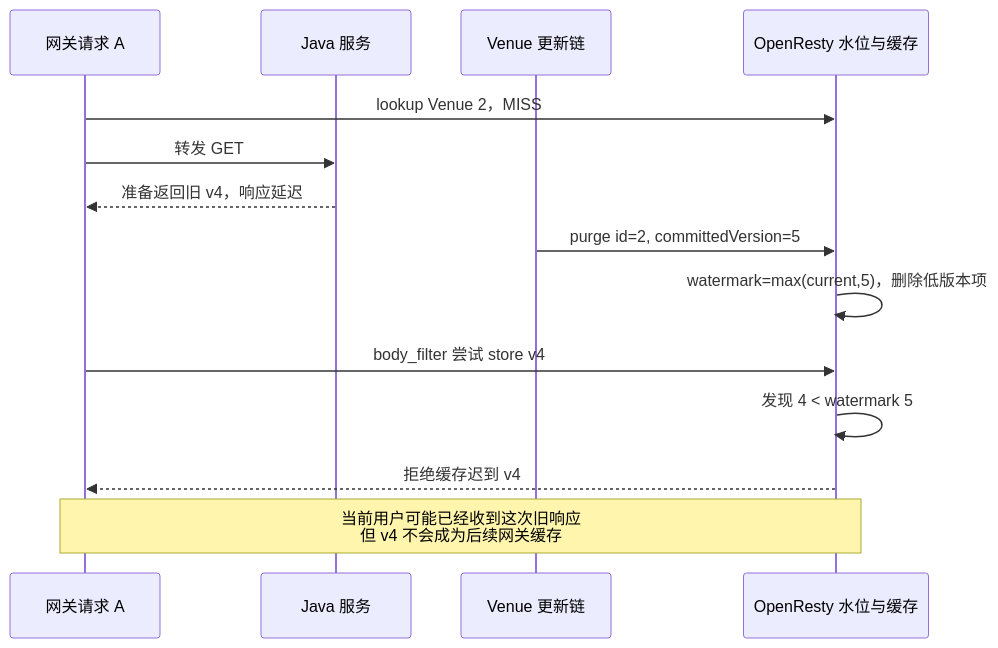
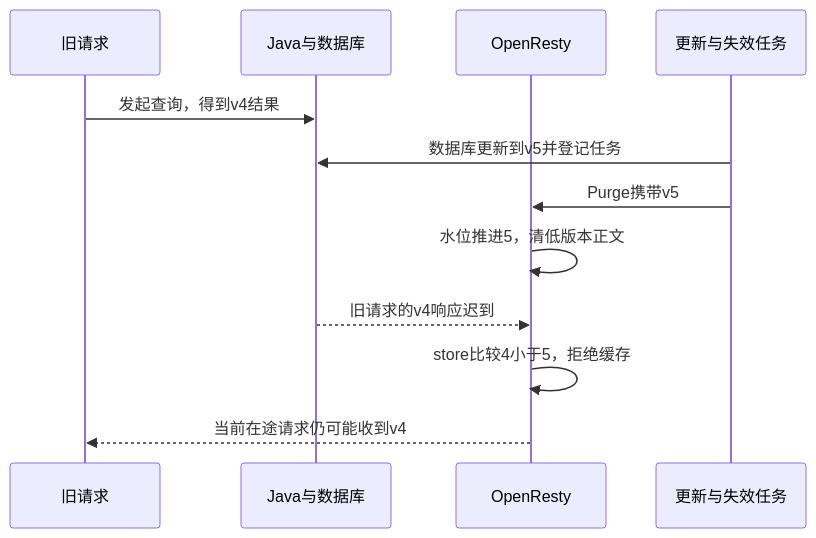
Before and after one commit to SyH-101/citypass-platform: the third of 5 diagrams in 02-多级缓存一致性.md, drawn with Mermaid. The commit also changed other lines of this file, not shown here.

````diff
--- a/02-多级缓存一致性.md
+++ b/02-多级缓存一致性.md
@@ -877,16 +518,14 @@
 ```mermaid
 sequenceDiagram
-    participant A as 网关请求 A
-    participant J as Java 服务
-    participant W as Venue 更新链
-    participant G as OpenResty 水位与缓存
-    A->>G: lookup Venue 2，MISS
-    A->>J: 转发 GET
-    J-->>A: 准备返回旧 v4，响应延迟
-    W->>G: purge id=2, committedVersion=5
-    G->>G: watermark=max(current,5)，删除低版本项
-    A->>G: body_filter 尝试 store v4
-    G->>G: 发现 4 < watermark 5
-    G-->>A: 拒绝缓存迟到 v4
-    Note over A,G: 当前用户可能已经收到这次旧响应<br/>但 v4 不会成为后续网关缓存
+    participant A as 旧请求
+    participant J as Java与数据库
+    participant G as OpenResty
+    participant W as 更新与失效任务
+    A->>J: 发起查询，得到v4结果
+    W->>J: 数据库更新到v5并登记任务
+    W->>G: Purge携带v5
+    G->>G: 水位推进5，清低版本正文
+    J-->>G: 旧请求的v4响应迟到
+    G->>G: store比较4小于5，拒绝缓存
+    G-->>A: 当前在途请求仍可能收到v4
 ```
````
